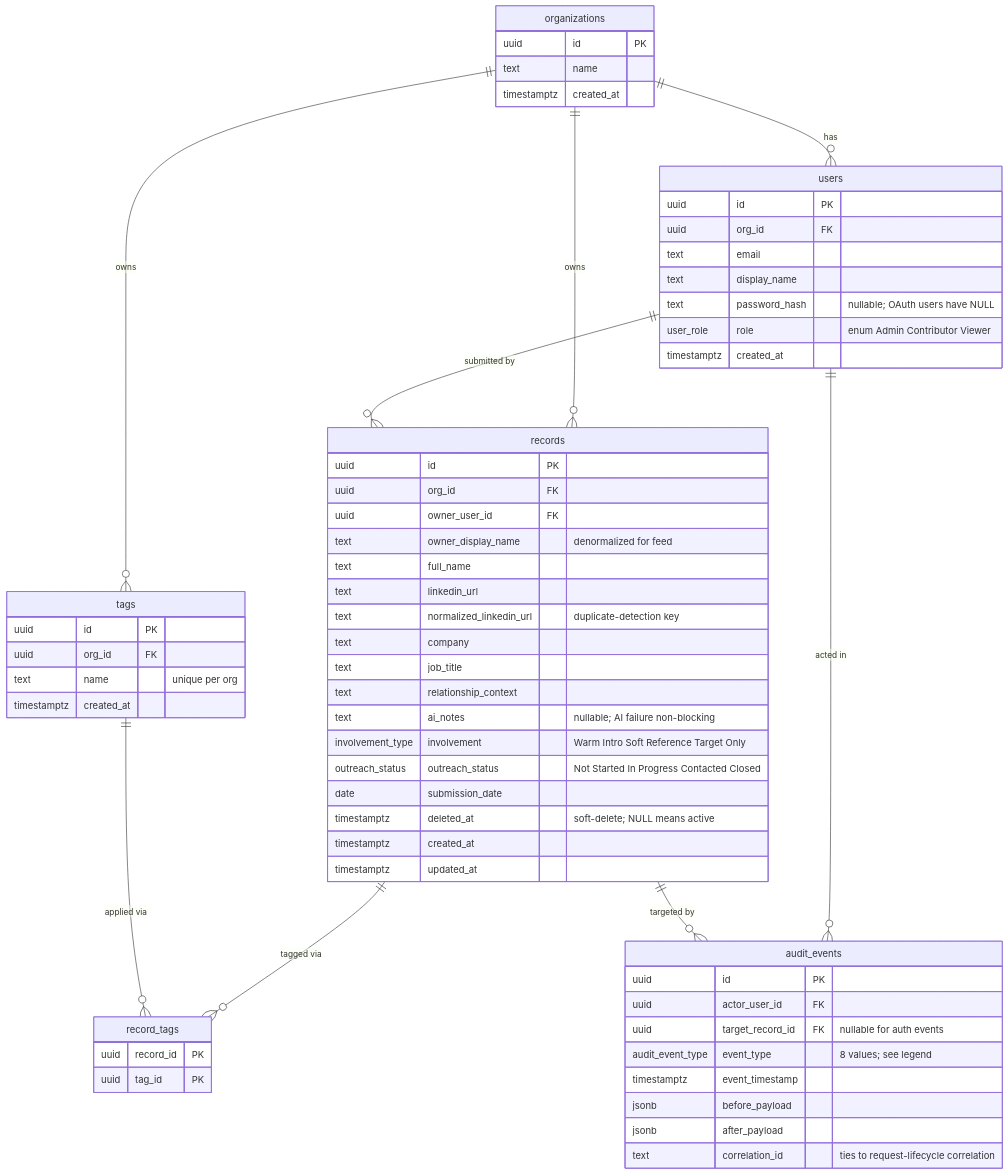
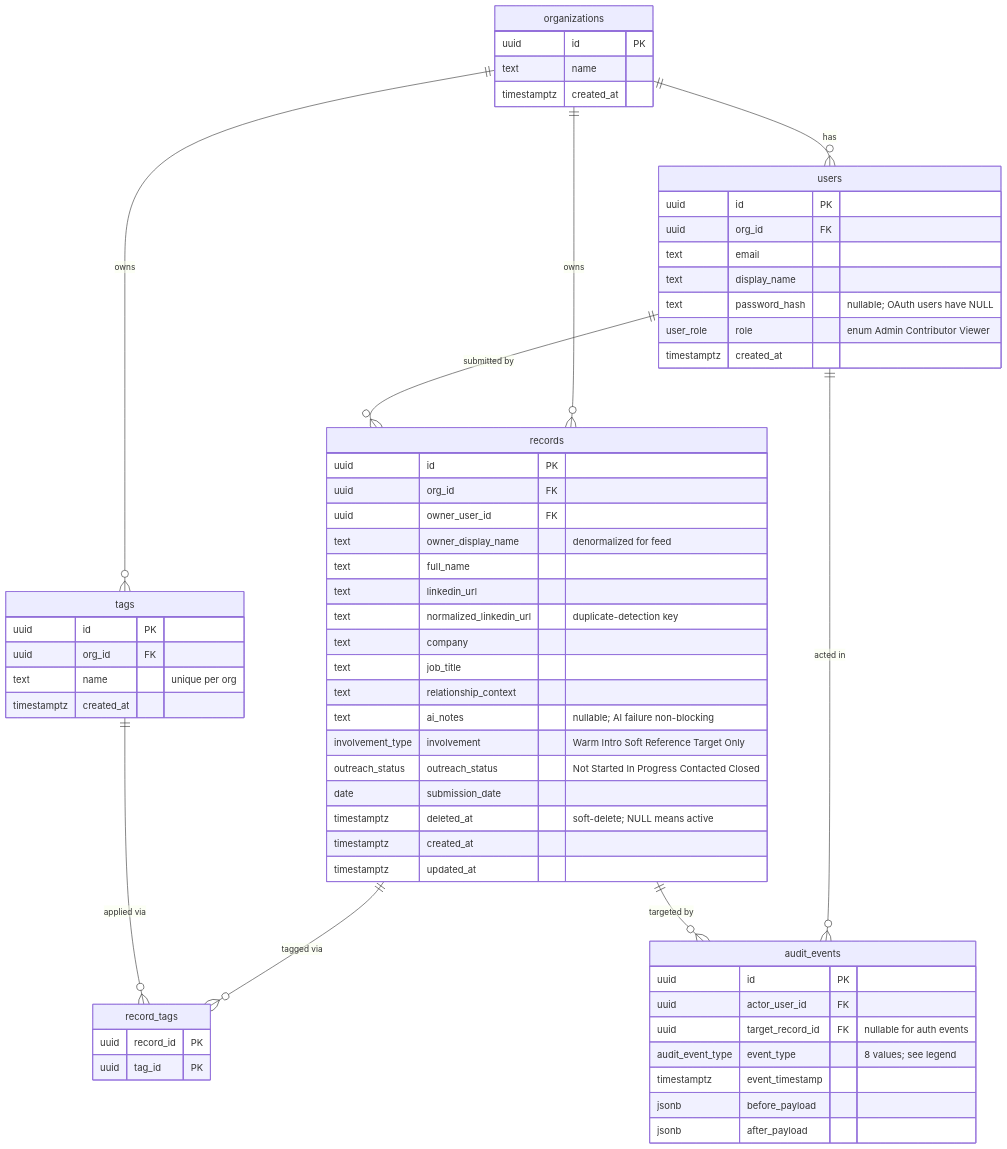
One commit to jrubin-blitzy/Sales-Connections changed the diagram in docs/diagrams/erd.mmd. Above: the diagram before and after it, drawn with Mermaid. The commit also changed 21 other files, not shown here.

```diff
--- a/docs/diagrams/erd.mmd
+++ b/docs/diagrams/erd.mmd
@@ -1,120 +1,123 @@
 %% Diagram: Sales-Connections Entity-Relationship Diagram (6 tables)
 erDiagram
     organizations {
         uuid id PK
         text name
         timestamptz created_at
     }
     users {
         uuid id PK
         uuid org_id FK
         text email
         text display_name
         text password_hash "nullable; OAuth users have NULL"
         user_role role "enum Admin Contributor Viewer"
         timestamptz created_at
     }
     records {
         uuid id PK
         uuid org_id FK
         uuid owner_user_id FK
         text owner_display_name "denormalized for feed"
         text full_name
         text linkedin_url
         text normalized_linkedin_url "duplicate-detection key"
         text company
         text job_title
         text relationship_context
         text ai_notes "nullable; AI failure non-blocking"
         involvement_type involvement "Warm Intro Soft Reference Target Only"
         outreach_status outreach_status "Not Started In Progress Contacted Closed"
         date submission_date
         timestamptz deleted_at "soft-delete; NULL means active"
         timestamptz created_at
         timestamptz updated_at
     }
     tags {
         uuid id PK
         uuid org_id FK
         text name "unique per org"
         timestamptz created_at
     }
     record_tags {
         uuid record_id PK
         uuid tag_id PK
     }
     audit_events {
         uuid id PK
         uuid actor_user_id FK
         uuid target_record_id FK "nullable for auth events"
         audit_event_type event_type "8 values; see legend"
         timestamptz event_timestamp
         jsonb before_payload
         jsonb after_payload
-        text correlation_id "ties to request-lifecycle correlation"
     }
 
     organizations ||--o{ users : "has"
     organizations ||--o{ records : "owns"
     organizations ||--o{ tags : "owns"
     users ||--o{ records : "submitted by"
     records ||--o{ record_tags : "tagged via"
     tags ||--o{ record_tags : "applied via"
     users ||--o{ audit_events : "acted in"
     records ||--o{ audit_events : "targeted by"
 
 %% Legend:
 %% - Cardinality notation:
 %%     ||--o{ means one-to-many (mandatory parent, optional child).
 %%              Used for every FK relationship in this model: each FK row may be NULL
 %%              (optional child side) only when the column is explicitly nullable
 %%              (audit_events.target_record_id), otherwise FK is NOT NULL but the parent
 %%              still admits zero-or-more child rows from its perspective.
 %% - Key markers in entity blocks:
 %%     PK   primary key column.
 %%     FK   foreign key column.
 %%     record_tags.record_id and record_tags.tag_id together form the composite primary key
 %%     and are also foreign keys to records.id and tags.id respectively.
 %% - Enum types (PostgreSQL native enum types created in 0001_initial_schema migration):
 %%     user_role         : Admin, Contributor, Viewer
 %%     involvement_type  : Warm Intro, Soft Reference, Target Only
 %%     outreach_status   : Not Started, In Progress, Contacted, Closed
 %%     audit_event_type  : create, status_change, edit, soft_delete, hard_delete,
 %%                         role_change, authentication, admin_op
 %% - Soft-delete: records.deleted_at IS NULL means active; NOT NULL means soft-deleted.
 %%   Default reads inject WHERE deleted_at IS NULL at the service layer. Only Admin
 %%   moderation views opt out of this filter. No other table is soft-deletable in MVP.
 %% - Append-only invariant (AAP Section 0.4.7): The application database role has GRANT INSERT
 %%   only on audit_events; UPDATE and DELETE are revoked at the database privilege layer.
 %%   The migrations role retains full privileges for governance. SQLAlchemy ORM also avoids
 %%   issuing UPDATE/DELETE against AuditEvent. Tests verify a direct UPDATE attempted from
 %%   the application role fails at the database boundary.
 %% - Multi-tenancy (AAP Section 0.7.1): organizations is the multi-tenant root entity. Every other
 %%   entity carries org_id either directly (users, records, tags) or transitively
 %%   (record_tags inherits via record_id; audit_events inherits via actor_user_id and
 %%   target_record_id). Every read and every write injects WHERE org_id = session.org_id
 %%   at the service layer. Cross-org access returns 403 from the API and 404 from the SPA.
 %% - Owner attribution (AAP Section 0.7.4): records.owner_user_id is non-null and sourced
 %%   exclusively from session.user_id; the pydantic ConnectionCreate schema rejects any
 %%   client-supplied owner_user_id or owner_display_name. records.owner_display_name is
 %%   denormalized for fast feed rendering at the 10K-record scale ceiling, avoiding a
 %%   JOIN on every feed query.
-%% - Correlation linkage: audit_events.correlation_id ties an audit row back to the
-%%   request-lifecycle correlation chain documented in docs/diagrams/request-lifecycle.mmd,
-%%   enabling end-to-end tracing of state-changing operations across logs, traces, and audit.
+%% - Correlation propagation: audit_events does NOT carry a correlation_id column in the
+%%   MVP schema. End-to-end tracing of a state-changing request across logs, traces, and
+%%   the audit row is performed externally by joining on event_timestamp + actor_user_id
+%%   against the structured-log stream (which DOES carry correlation_id on every line per
+%%   backend/app/middleware/correlation.py). Adding a denormalized correlation_id column
+%%   to audit_events is tracked as a future hardening task; until then, the request-
+%%   lifecycle diagram and the audit row connect through the structured-log substrate.
 %% - target_record_id nullability: NULL is allowed because authentication events
 %%   (event_type = authentication) and some admin_op events do not target a record.
 %% - Seven indexes (AAP Section 0.4.7) -- not visualized as nodes; documented here:
 %%     1. records (org_id, deleted_at, submission_date DESC)        primary feed index
 %%     2. records (involvement)                                     filter by involvement
 %%     3. records (outreach_status)                                 filter by status
 %%     4. records (org_id, normalized_linkedin_url)
 %%        WHERE deleted_at IS NULL UNIQUE PARTIAL                   duplicate detection
 %%     5. record_tags (record_id, tag_id)                           via composite PK
 %%     6. audit_events (target_record_id, event_timestamp)          detail history feed
 %%     7. users (org_id, email) UNIQUE                              email lookup, dup prevention
 %% - Source: AAP Section 0.4.7 schema and AAP Section 0.5.2 Layer 1-4 model implementation.
 %% - Referenced from: docs/architecture.md Section 6 (Data Model), docs/security.md Section 5
 %%                    (Data Scoping), docs/api.md (Schema Reference Appendix),
 %%                    docs/operations.md Section 6 (Database Operations),
 %%                    blitzy-deck/index.html.
```
